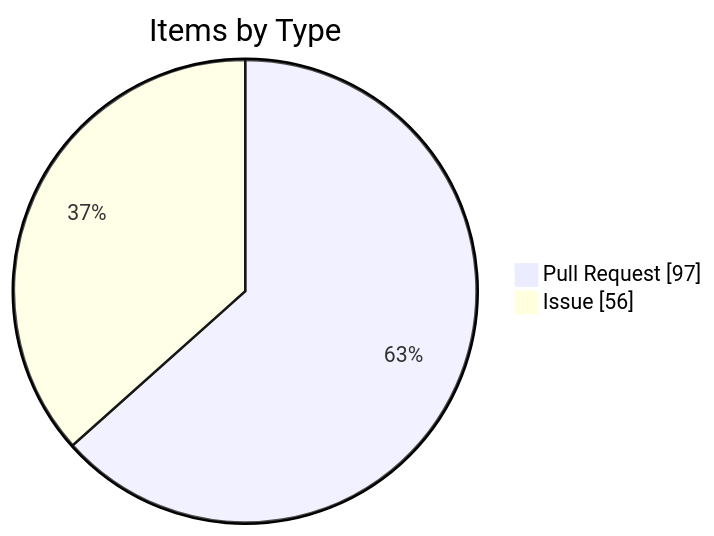
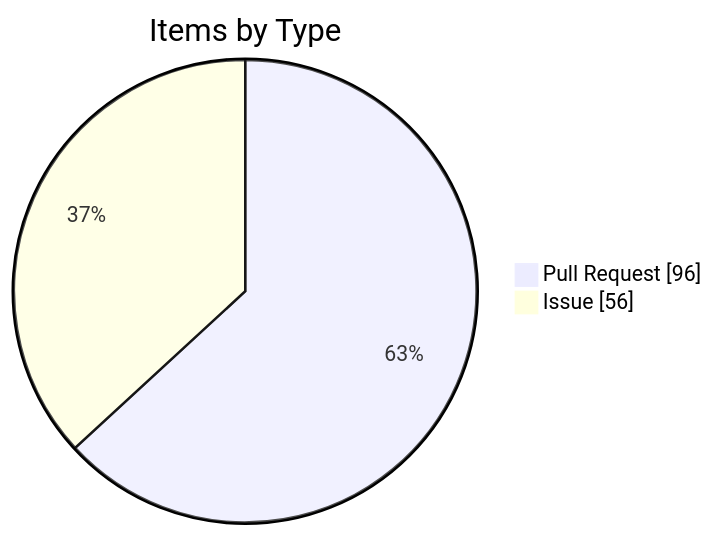
The fourth of 4 diagrams in apps/kbve/astro-kbve/src/content/docs/dashboard/kanban-data.mdx (KBVE/kbve), drawn with Mermaid before and after one commit. The commit also changed other lines of this file and 8 other files, not shown here.

````diff
--- a/apps/kbve/astro-kbve/src/content/docs/dashboard/kanban-data.mdx
+++ b/apps/kbve/astro-kbve/src/content/docs/dashboard/kanban-data.mdx
@@ -116,6 +116,6 @@
 ```mermaid
 pie showData
     title Items by Type
-    "Pull Request" : 97
+    "Pull Request" : 96
     "Issue" : 56
 ```
````
